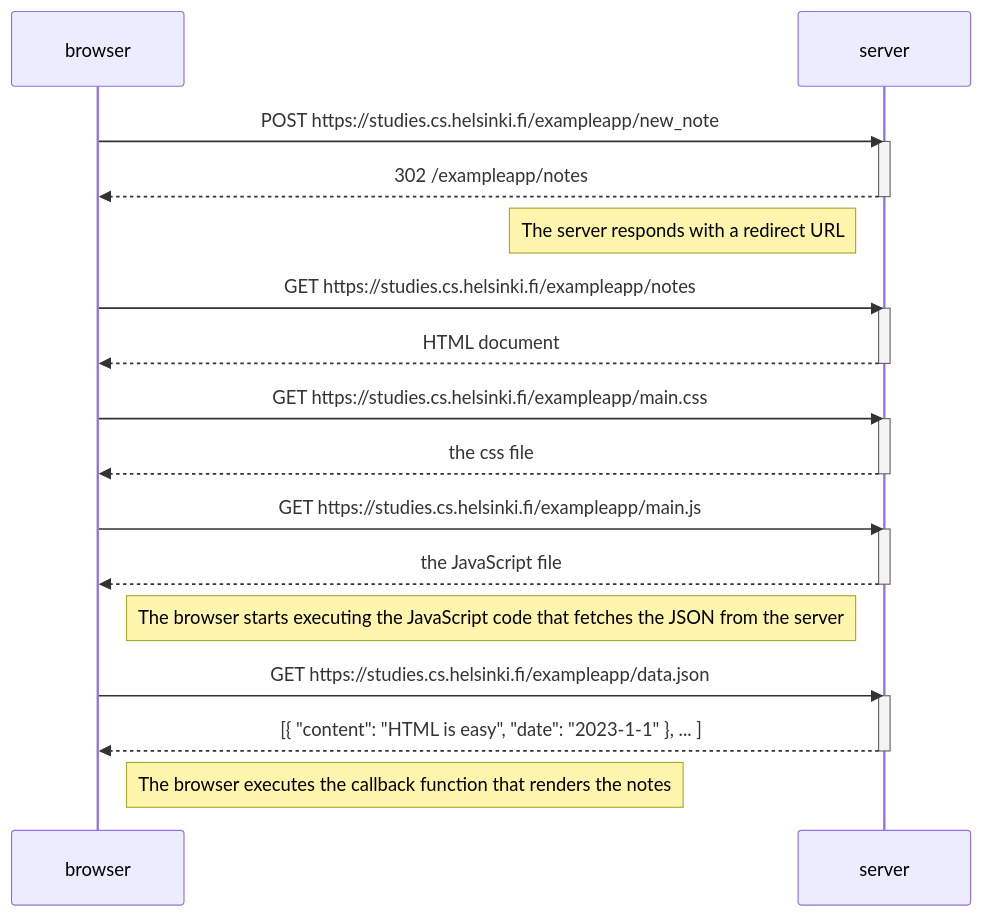
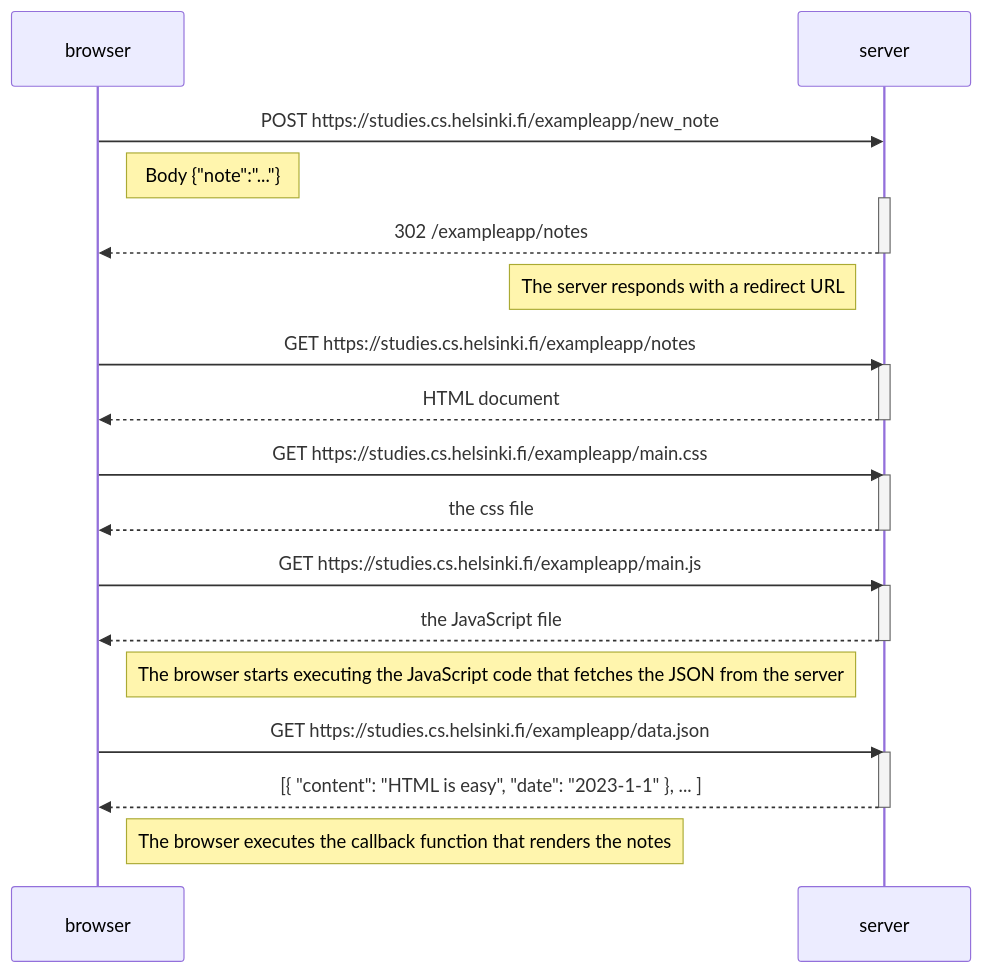
Before and after one commit to RedericoFocco/FullStackOpenCourse: the diagram in Part0/0.4.md, drawn with Mermaid.

````diff
--- a/Part0/0.4.md
+++ b/Part0/0.4.md
@@ -1,26 +1,27 @@
 ```mermaid
 sequenceDiagram
     browser->>server: POST https://studies.cs.helsinki.fi/exampleapp/new_note
+    Note right of browser: Body {"note":"..."}
     activate server
     server-->>browser: 302 /exampleapp/notes
     deactivate server
     Note left of server: The server responds with a redirect URL
      browser->>server: GET https://studies.cs.helsinki.fi/exampleapp/notes
     activate server
     server-->>browser: HTML document
     deactivate server
     browser->>server: GET https://studies.cs.helsinki.fi/exampleapp/main.css
     activate server
     server-->>browser: the css file
     deactivate server
     browser->>server: GET https://studies.cs.helsinki.fi/exampleapp/main.js
     activate server
     server-->>browser: the JavaScript file
     deactivate server
     Note right of browser: The browser starts executing the JavaScript code that fetches the JSON from the server
     browser->>server: GET https://studies.cs.helsinki.fi/exampleapp/data.json
     activate server
     server-->>browser: [{ "content": "HTML is easy", "date": "2023-1-1" }, ... ]
     deactivate server
     Note right of browser: The browser executes the callback function that renders the notes
 ```
````
